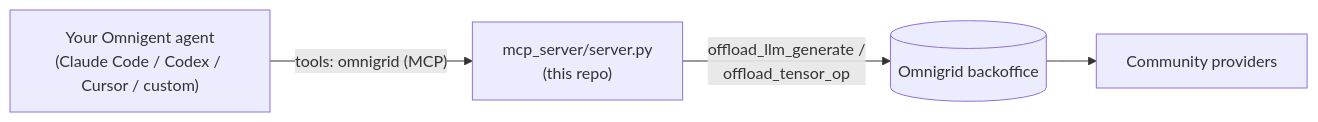
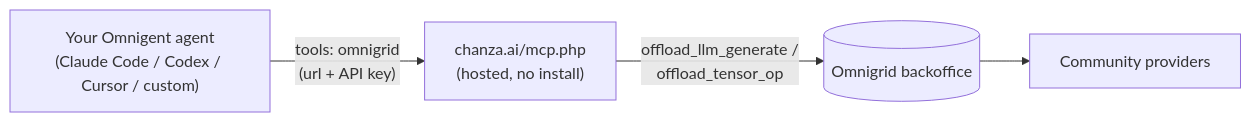
The third of 3 diagrams in README.md (mexmarv/omnigrid), drawn with Mermaid before and after one commit. The commit also changed other lines of this file and 3 other files, not shown here.

First line of the commit message:
Add hosted MCP endpoint (mcp.php) -- no local install needed for Omnigent

````diff
--- a/README.md
+++ b/README.md
@@ -144,11 +144,11 @@
 ```mermaid
 flowchart LR
     A["Your Omnigent agent\n(Claude Code / Codex / Cursor / custom)"]
-    M["mcp_server/server.py\n(this repo)"]
+    M["chanza.ai/mcp.php\n(hosted, no install)"]
     B[("Omnigrid backoffice")]
     N["Community providers"]
 
-    A -- "tools: omnigrid (MCP)" --> M
+    A -- "tools: omnigrid\n(url + API key)" --> M
     M -- "offload_llm_generate /\noffload_tensor_op" --> B
     B --> N
 ```
````
